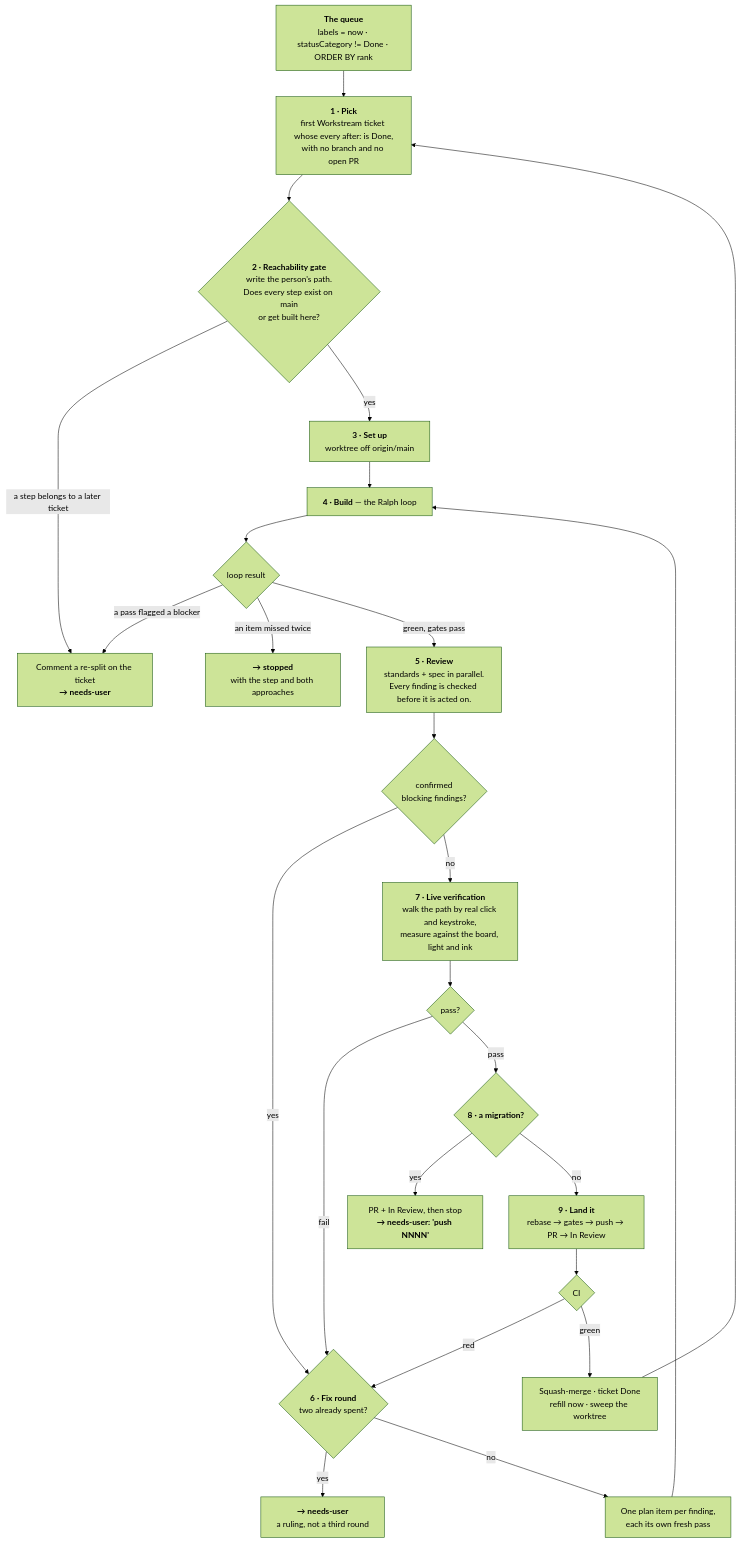
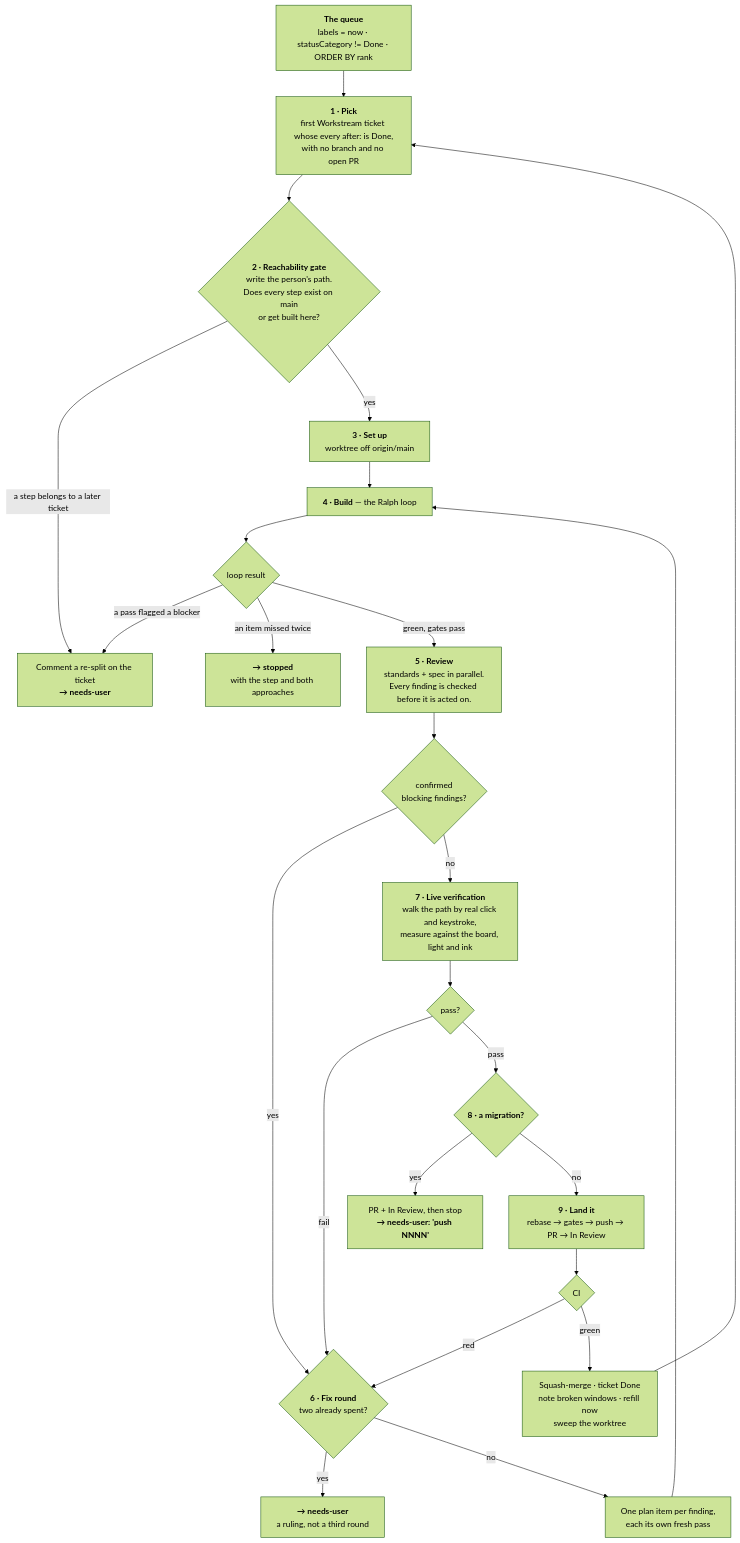
The second of 3 diagrams in ship-epics/README.md (pfaff-designed/Pond-v4), drawn with Mermaid (forest theme) before and after one commit. The commit also changed 4 other files, not shown here.

````diff
--- a/ship-epics/README.md
+++ b/ship-epics/README.md
@@ -33,28 +33,28 @@
 ```mermaid
 flowchart TD
     Q["<b>The queue</b><br/>labels = now · statusCategory != Done · ORDER BY rank"]
     Q --> P["<b>1 · Pick</b><br/>first Workstream ticket whose every after: is Done,<br/>with no branch and no open PR"]
     P --> G{"<b>2 · Reachability gate</b><br/>write the person's path.<br/>Does every step exist on main<br/>or get built here?"}
     G -->|"a step belongs to a later ticket"| NU1["Comment a re-split on the ticket<br/><b>→ needs-user</b>"]
     G -->|"yes"| S["<b>3 · Set up</b><br/>worktree off origin/main"]
     S --> B["<b>4 · Build</b> — the Ralph loop"]
     B --> BR{"loop result"}
     BR -->|"a pass flagged a blocker"| NU1
     BR -->|"an item missed twice"| STOP["<b>→ stopped</b><br/>with the step and both approaches"]
     BR -->|"green, gates pass"| R["<b>5 · Review</b><br/>standards + spec in parallel.<br/>Every finding is checked before it is acted on."]
     R --> RF{"confirmed<br/>blocking findings?"}
     RF -->|"yes"| CAP{"<b>6 · Fix round</b><br/>two already spent?"}
     CAP -->|"yes"| NU2["<b>→ needs-user</b><br/>a ruling, not a third round"]
     CAP -->|"no"| FIX["One plan item per finding,<br/>each its own fresh pass"]
     FIX --> B
     RF -->|"no"| V["<b>7 · Live verification</b><br/>walk the path by real click and keystroke,<br/>measure against the board, light and ink"]
     V --> VF{"pass?"}
     VF -->|"fail"| CAP
     VF -->|"pass"| M{"<b>8 · a migration?</b>"}
     M -->|"yes"| NU3["PR + In Review, then stop<br/><b>→ needs-user: 'push NNNN'</b>"]
     M -->|"no"| L["<b>9 · Land it</b><br/>rebase → gates → push → PR → In Review"]
     L --> CI{"CI"}
     CI -->|"red"| CAP
-    CI -->|"green"| MERGE["Squash-merge · ticket Done<br/>refill now · sweep the worktree"]
+    CI -->|"green"| MERGE["Squash-merge · ticket Done<br/>note broken windows · refill now<br/>sweep the worktree"]
     MERGE --> P
 ```
````
